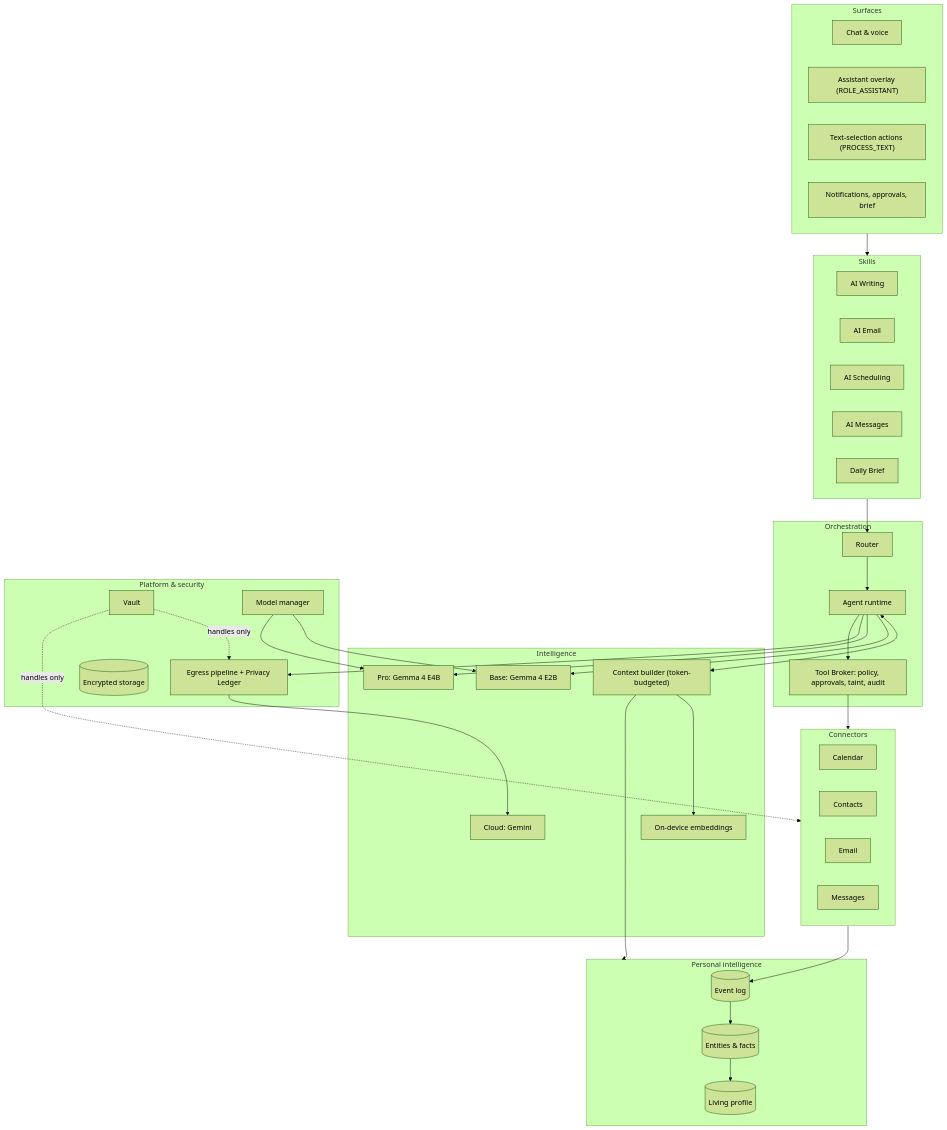
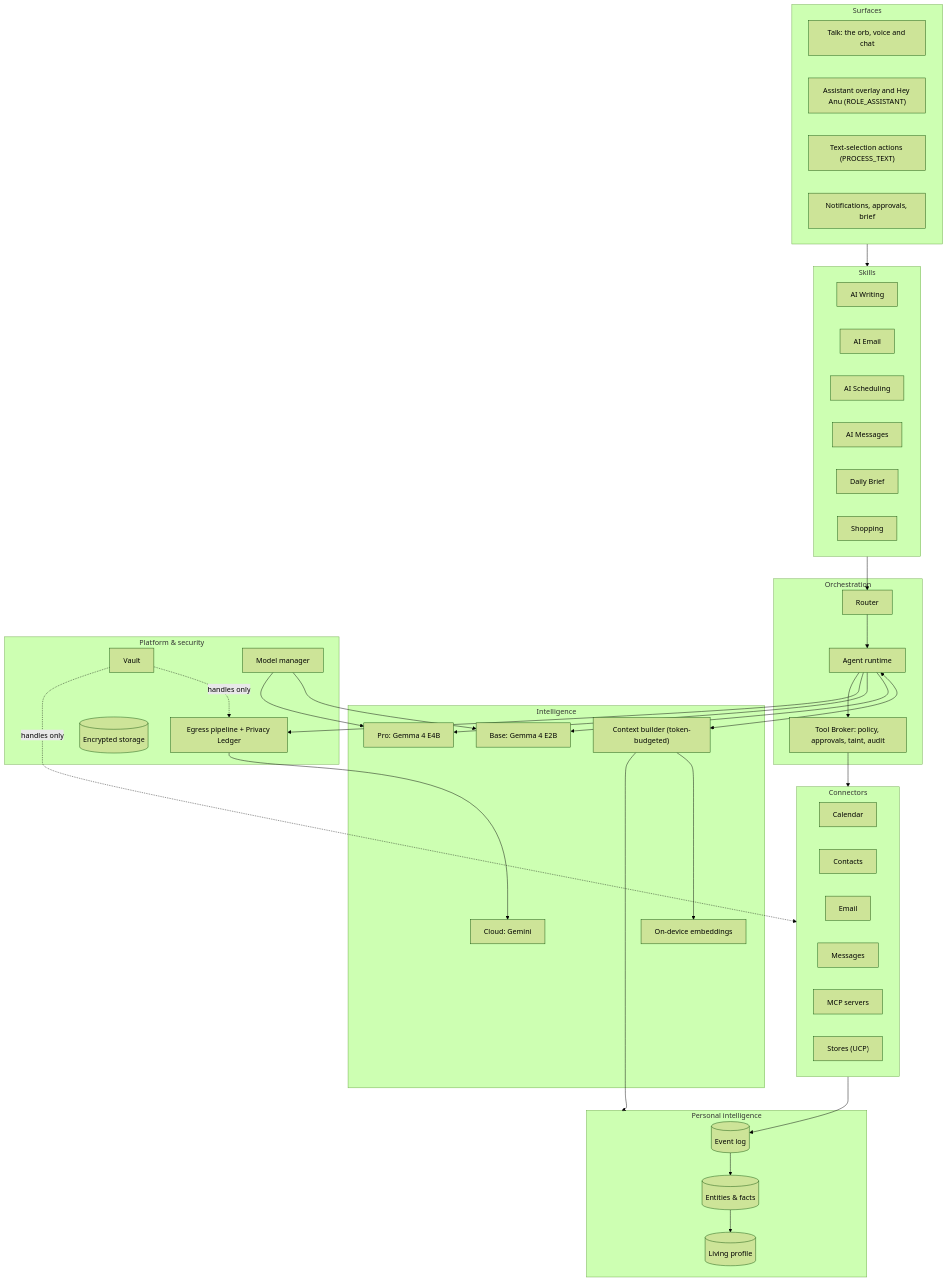
The first of 4 diagrams in docs/ARCHITECTURE.md (sandeepvijayarao09/Android_ANU), drawn with Mermaid (forest theme) before and after one commit. The commit also changed other lines of this file and 62 other files, not shown here.

````diff
--- a/docs/ARCHITECTURE.md
+++ b/docs/ARCHITECTURE.md
@@ -83,59 +83,62 @@
 ```mermaid
 flowchart TB
     subgraph SURF["Surfaces"]
-        chat["Chat & voice"]
-        overlay["Assistant overlay (ROLE_ASSISTANT)"]
+        talk["Talk: the orb, voice and chat"]
+        overlay["Assistant overlay and Hey Anu (ROLE_ASSISTANT)"]
         select["Text-selection actions (PROCESS_TEXT)"]
         notif["Notifications, approvals, brief"]
     end
     subgraph SKILLS["Skills"]
         writing["AI Writing"]
         email["AI Email"]
         sched["AI Scheduling"]
         msgs["AI Messages"]
         brief["Daily Brief"]
+        shop["Shopping"]
     end
     subgraph ORCH["Orchestration"]
         router["Router"]
         agent["Agent runtime"]
         broker["Tool Broker: policy, approvals, taint, audit"]
     end
     subgraph INTEL["Intelligence"]
         ctx["Context builder (token-budgeted)"]
         base["Base: Gemma 4 E2B"]
         pro["Pro: Gemma 4 E4B"]
         cloud["Cloud: Gemini"]
         emb["On-device embeddings"]
     end
     subgraph MEM["Personal intelligence"]
         events[("Event log")]
         facts[("Entities & facts")]
         profile[("Living profile")]
     end
     subgraph CONN["Connectors"]
         cal["Calendar"]
         contacts["Contacts"]
         mail["Email"]
         chats["Messages"]
+        mcp["MCP servers"]
+        stores["Stores (UCP)"]
     end
     subgraph PLAT["Platform & security"]
         vault["Vault"]
         egress["Egress pipeline + Privacy Ledger"]
         models["Model manager"]
         store[("Encrypted storage")]
     end
 
     SURF --> SKILLS --> router --> agent
     agent <--> ctx
     ctx --> MEM
     ctx --> emb
     agent --> base
     agent --> pro
     agent --> egress --> cloud
     agent --> broker --> CONN
     CONN --> events --> facts --> profile
     vault -. "handles only" .-> egress
     vault -. "handles only" .-> CONN
     models --> base
     models --> pro
 ```
````
